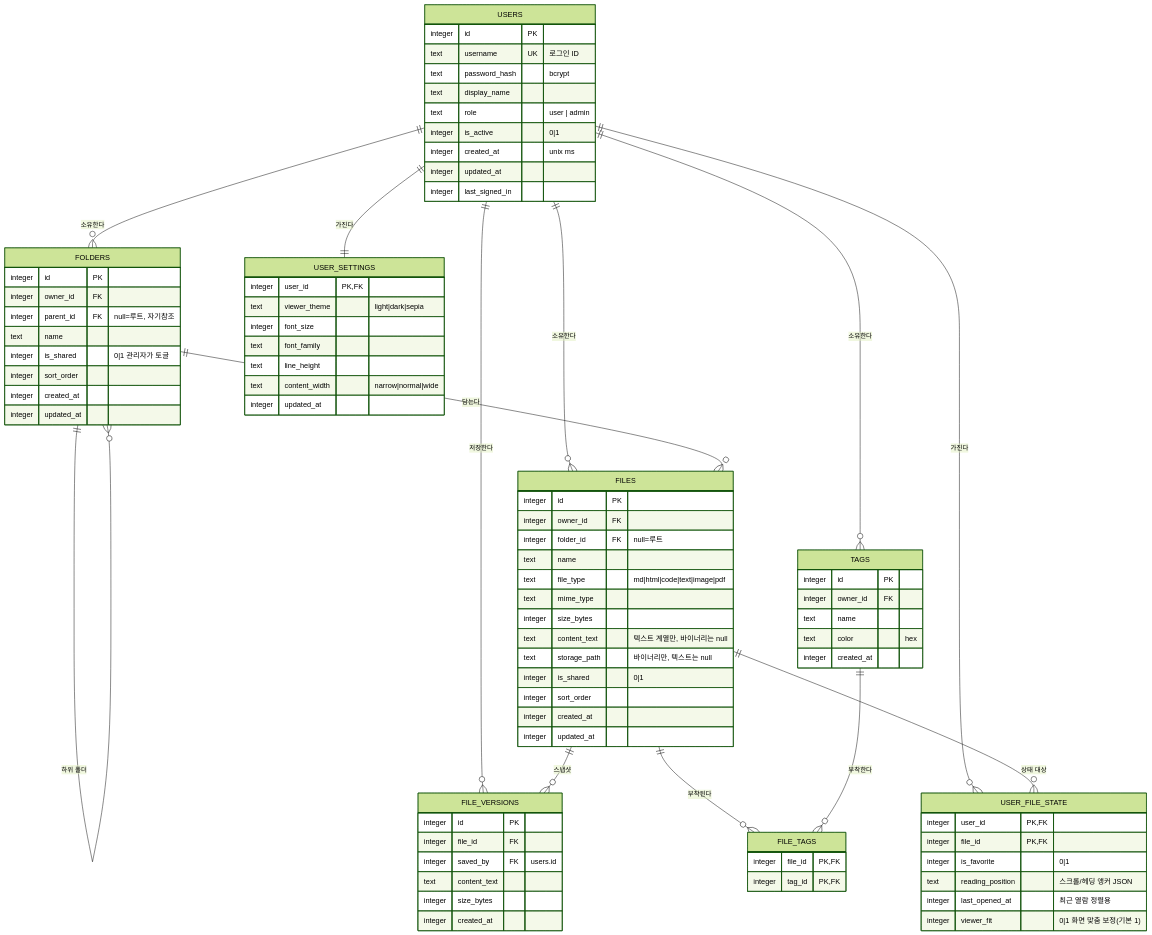
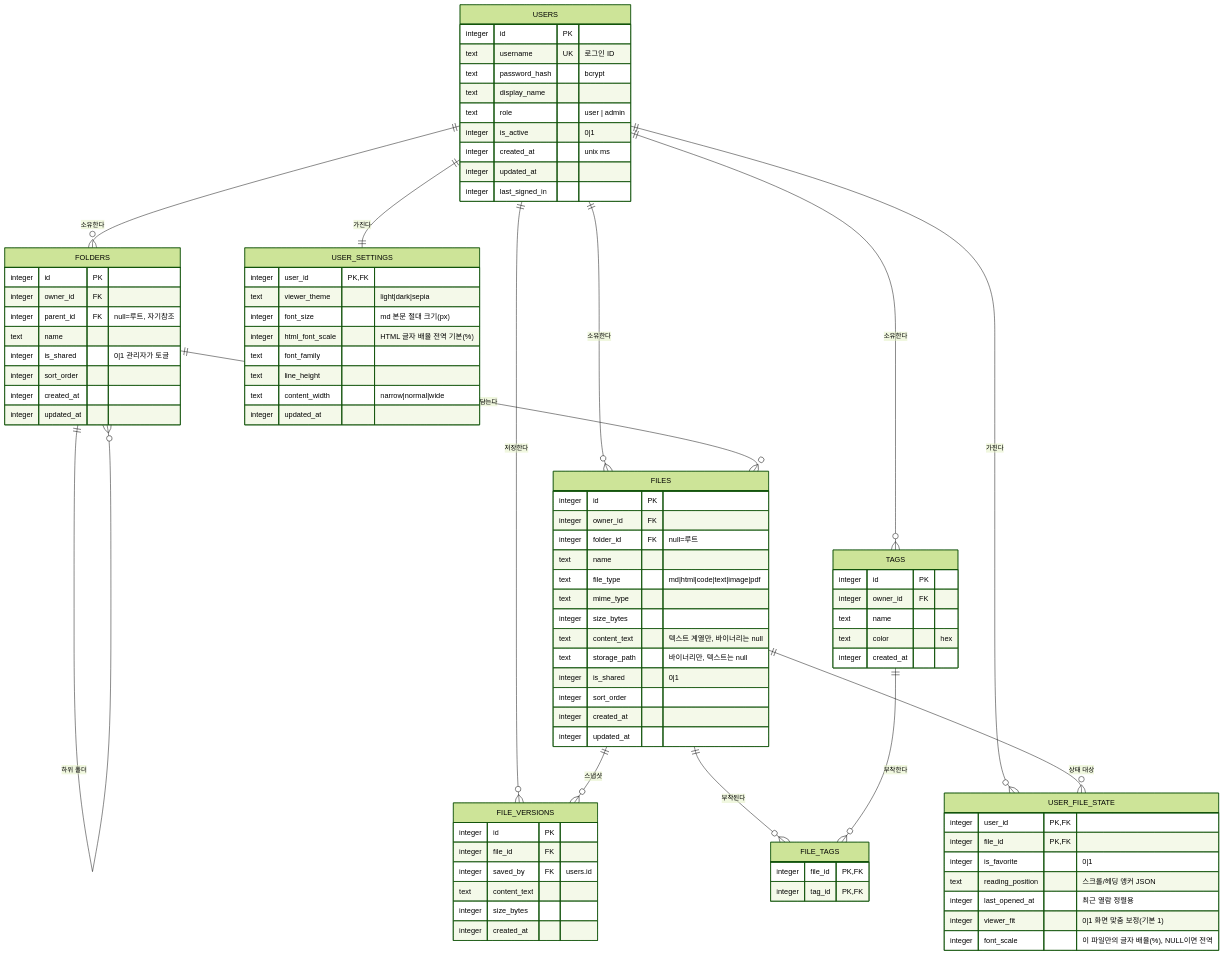
One commit to ehdwn009/docvault changed the diagram in docs/design/ERD_docvault_20260813.md. Above: the diagram before and after it, drawn with Mermaid (forest theme). The commit also changed other lines of this file and 25 other files, not shown here.

```diff
--- a/docs/design/ERD_docvault_20260813.md
+++ b/docs/design/ERD_docvault_20260813.md
@@ -81,11 +81,13 @@
         text reading_position "스크롤/헤딩 앵커 JSON"
         integer last_opened_at "최근 열람 정렬용"
         integer viewer_fit "0|1 화면 맞춤 보정(기본 1)"
+        integer font_scale "이 파일만의 글자 배율(%), NULL이면 전역"
     }
     USER_SETTINGS {
         integer user_id PK, FK
         text viewer_theme "light|dark|sepia"
-        integer font_size
+        integer font_size "md 본문 절대 크기(px)"
+        integer html_font_scale "HTML 글자 배율 전역 기본(%)"
         text font_family
         text line_height
         text content_width "narrow|normal|wide"
```
